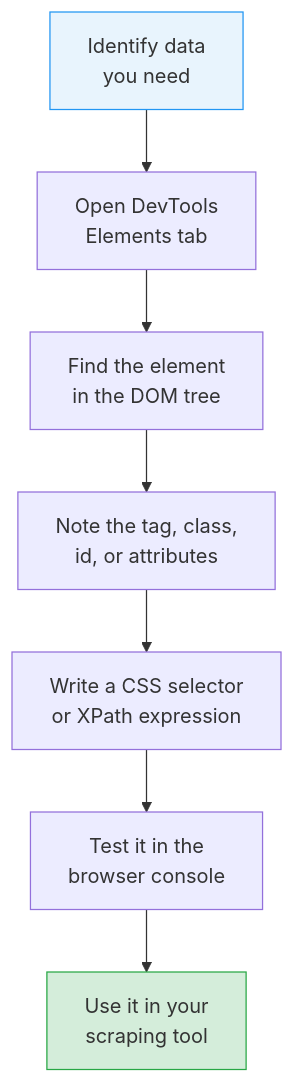
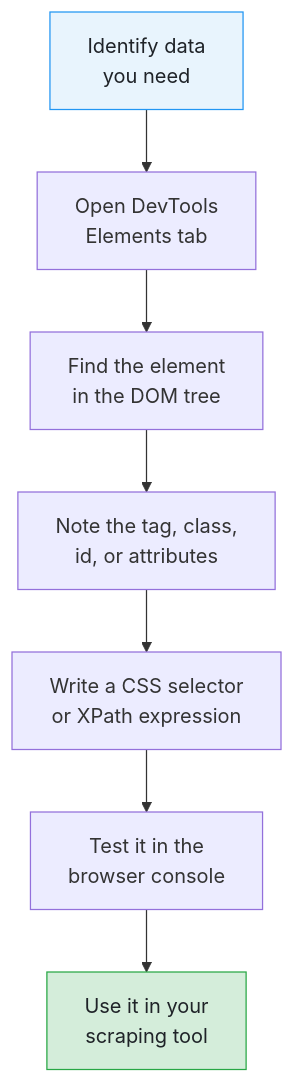
The fifth of 5 diagrams in _posts/2026-02-04-what-is-the-dom-visual-explanation-for-non-developers.md (bytetunnels/bytetunnels.github.com), drawn with Mermaid before and after one commit. The commit also changed other lines of this file and 118 other files, not shown here.

Commit message:
feat: improve diagram styling and compact wide flowcharts

````diff
--- a/_posts/2026-02-04-what-is-the-dom-visual-explanation-for-non-developers.md
+++ b/_posts/2026-02-04-what-is-the-dom-visual-explanation-for-non-developers.md
@@ -348,12 +348,12 @@
 ```mermaid
 graph TD
     A["Identify data<br>you need"] --> B["Open DevTools<br>Elements tab"]
     B --> C["Find the element<br>in the DOM tree"]
     C --> D["Note the tag, class,<br>id, or attributes"]
     D --> E["Write a CSS selector<br>or XPath expression"]
     E --> F["Test it in the<br>browser console"]
     F --> G["Use it in your<br>scraping tool"]
 
-    style A fill:#e8f4fd,stroke:#2196f3
-    style G fill:#d4edda,stroke:#28a745
+    style A fill:#e8f4fd,stroke:#2196f3,color:#1f2328
+    style G fill:#d4edda,stroke:#28a745,color:#1f2328
 ```
````
